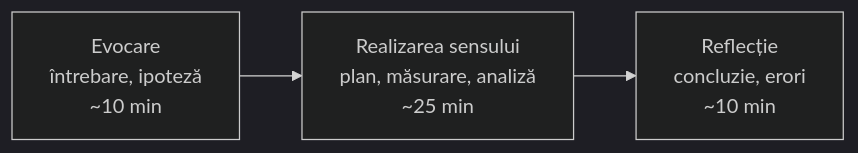
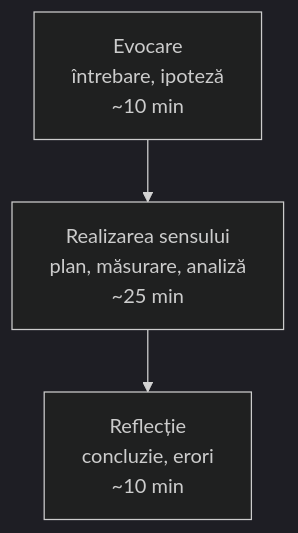
One commit to nudoarmetudor/ghid-labdisc changed the second of 2 diagrams in sursa/content/la-clasa/implementare/organizarea-lectiei.md. Above: the diagram before and after it, drawn with Mermaid (dark theme). The commit also changed 31 other files, not shown here.

````diff
--- a/sursa/content/la-clasa/implementare/organizarea-lectiei.md
+++ b/sursa/content/la-clasa/implementare/organizarea-lectiei.md
@@ -62,4 +62,4 @@
 ```mermaid
-flowchart LR
+flowchart TD
   A["Evocare<br/>întrebare, ipoteză<br/>~10 min"] --> B["Realizarea sensului<br/>plan, măsurare, analiză<br/>~25 min"] --> C["Reflecție<br/>concluzie, erori<br/>~10 min"]
 ```
````
